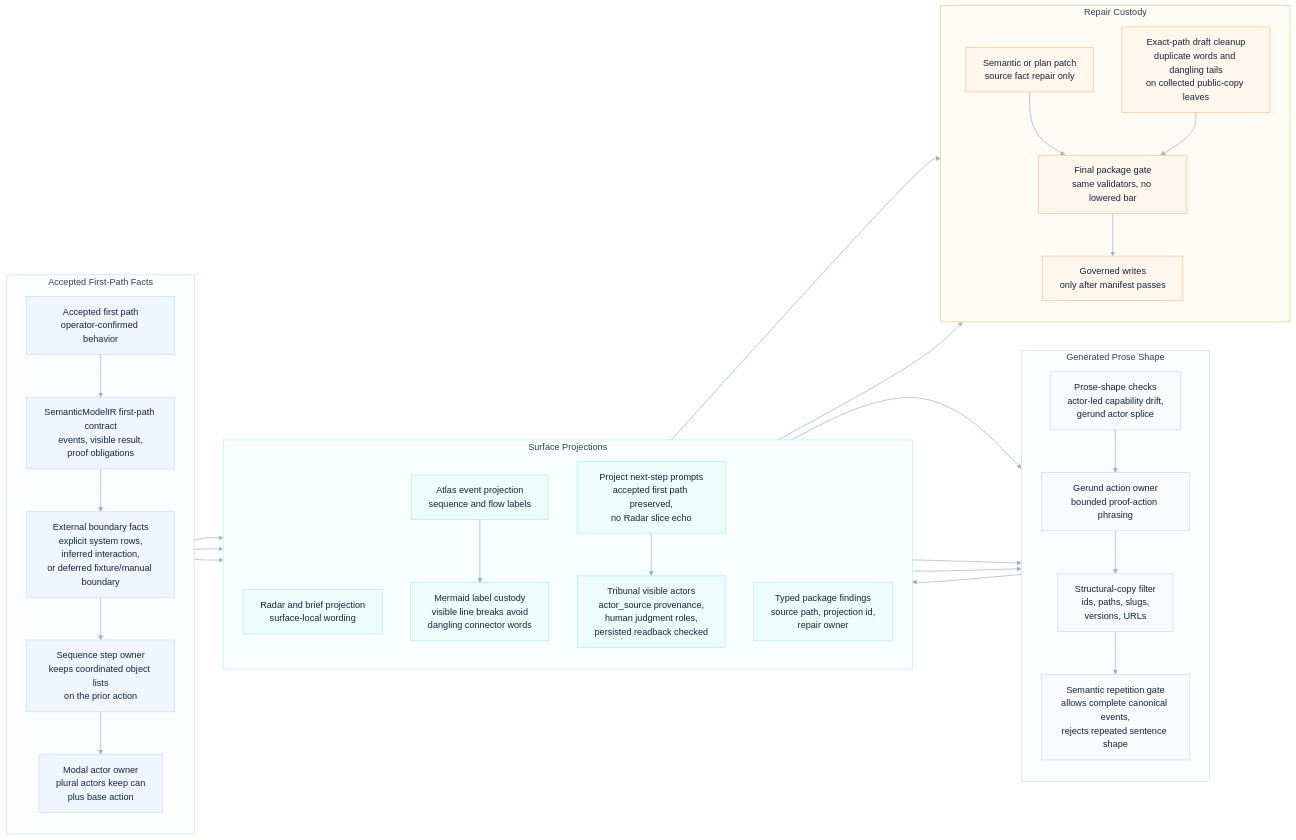
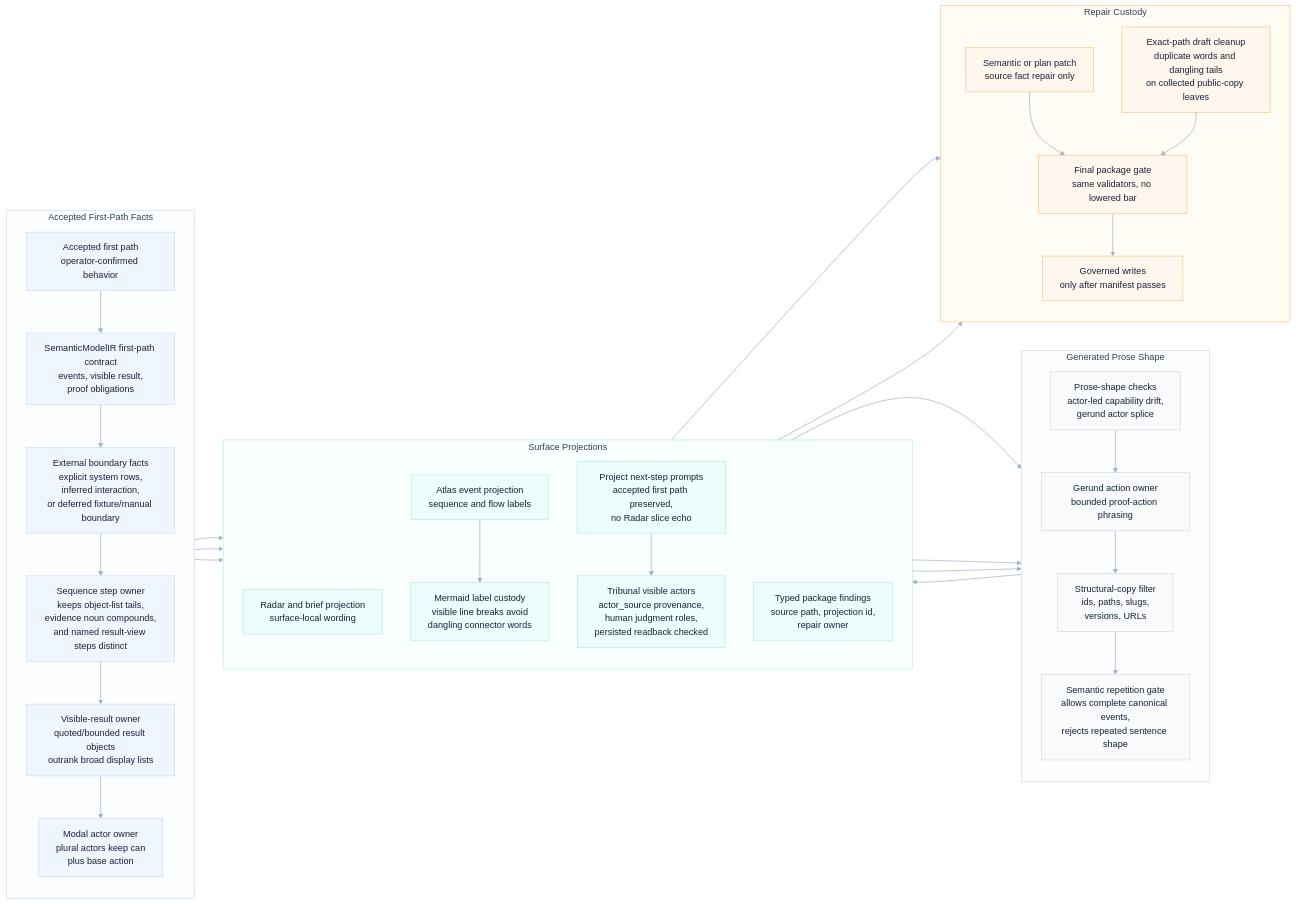
Before and after one commit to odylith/odylith: the diagram in odylith/atlas/source/greenfield-first-path-semantic-copy-custody.mmd, drawn with Mermaid. The commit also changed 43 other files, not shown here.

```diff
--- a/odylith/atlas/source/greenfield-first-path-semantic-copy-custody.mmd
+++ b/odylith/atlas/source/greenfield-first-path-semantic-copy-custody.mmd
@@ -1,72 +1,74 @@
 flowchart LR
     subgraph intent_lane["Accepted First-Path Facts"]
       direction TB
       accepted_path["Accepted first path<br/>operator-confirmed behavior"]
       semantic_contract["SemanticModelIR first-path contract<br/>events, visible result,<br/>proof obligations"]
       external_boundary["External boundary facts<br/>explicit system rows,<br/>inferred interaction,<br/>or deferred fixture/manual boundary"]
-      sequence_owner["Sequence step owner<br/>keeps coordinated object lists<br/>on the prior action"]
+      sequence_owner["Sequence step owner<br/>keeps object-list tails,<br/>evidence noun compounds,<br/>and named result-view steps distinct"]
+      visible_result_owner["Visible-result owner<br/>quoted/bounded result objects<br/>outrank broad display lists"]
       modal_owner["Modal actor owner<br/>plural actors keep can<br/>plus base action"]
     end
 
     subgraph prose_lane["Generated Prose Shape"]
       direction TB
       shape_checks["Prose-shape checks<br/>actor-led capability drift,<br/>gerund actor splice"]
       gerund_owner["Gerund action owner<br/>bounded proof-action phrasing"]
       structural_filter["Structural-copy filter<br/>ids, paths, slugs,<br/>versions, URLs"]
       repetition_gate["Semantic repetition gate<br/>allows complete canonical events,<br/>rejects repeated sentence shape"]
     end
 
     subgraph projection_lane["Surface Projections"]
       direction TB
       radar_projection["Radar and brief projection<br/>surface-local wording"]
       atlas_projection["Atlas event projection<br/>sequence and flow labels"]
       mermaid_label_custody["Mermaid label custody<br/>visible line breaks avoid<br/>dangling connector words"]
       next_step_prompts["Project next-step prompts<br/>accepted first path preserved,<br/>no Radar slice echo"]
       tribunal_actors["Tribunal visible actors<br/>actor_source provenance,<br/>human judgment roles,<br/>persisted readback checked"]
       package_findings["Typed package findings<br/>source path, projection id,<br/>repair owner"]
     end
 
     subgraph repair_lane["Repair Custody"]
       direction TB
       semantic_plan_patch["Semantic or plan patch<br/>source fact repair only"]
       exact_draft_cleanup["Exact-path draft cleanup<br/>duplicate words and dangling tails<br/>on collected public-copy leaves"]
       final_gate["Final package gate<br/>same validators, no lowered bar"]
       governed_write["Governed writes<br/>only after manifest passes"]
     end
 
     accepted_path --> semantic_contract
     semantic_contract --> external_boundary
     external_boundary --> sequence_owner
-    sequence_owner --> modal_owner
+    sequence_owner --> visible_result_owner
+    visible_result_owner --> modal_owner
     modal_owner --> radar_projection
     modal_owner --> atlas_projection
     modal_owner --> next_step_prompts
     radar_projection --> shape_checks
     atlas_projection --> mermaid_label_custody
     mermaid_label_custody --> shape_checks
     next_step_prompts --> tribunal_actors
     tribunal_actors --> shape_checks
     shape_checks --> gerund_owner
     gerund_owner --> structural_filter
     structural_filter --> repetition_gate
     repetition_gate --> package_findings
     package_findings --> semantic_plan_patch
     package_findings --> exact_draft_cleanup
     semantic_plan_patch --> final_gate
     exact_draft_cleanup --> final_gate
     final_gate --> governed_write
 
     classDef intent fill:#EFF6FF,stroke:#BFD7FE,color:#17233A,stroke-width:1px;
     classDef prose fill:#F8FAFC,stroke:#CBD5E1,color:#17233A,stroke-width:1px;
     classDef projection fill:#ECFDFB,stroke:#A7E9E3,color:#17233A,stroke-width:1px;
     classDef repair fill:#FFF7ED,stroke:#FDBA74,color:#17233A,stroke-width:1px;
-    class accepted_path,semantic_contract,external_boundary,sequence_owner,modal_owner intent;
+    class accepted_path,semantic_contract,external_boundary,sequence_owner,visible_result_owner,modal_owner intent;
     class shape_checks,gerund_owner,structural_filter,repetition_gate prose;
     class radar_projection,atlas_projection,mermaid_label_custody,next_step_prompts,tribunal_actors,package_findings projection;
     class semantic_plan_patch,exact_draft_cleanup,final_gate,governed_write repair;
 
     style intent_lane fill:#FBFDFF,stroke:#BFD7FE,stroke-width:1px,color:#334155
     style prose_lane fill:#FBFDFF,stroke:#CBD5E1,stroke-width:1px,color:#334155
     style projection_lane fill:#F8FFFE,stroke:#A7E9E3,stroke-width:1px,color:#334155
     style repair_lane fill:#FFFBF5,stroke:#FDBA74,stroke-width:1px,color:#334155
     linkStyle default stroke:#9FB2C8,stroke-width:1.25px
```
